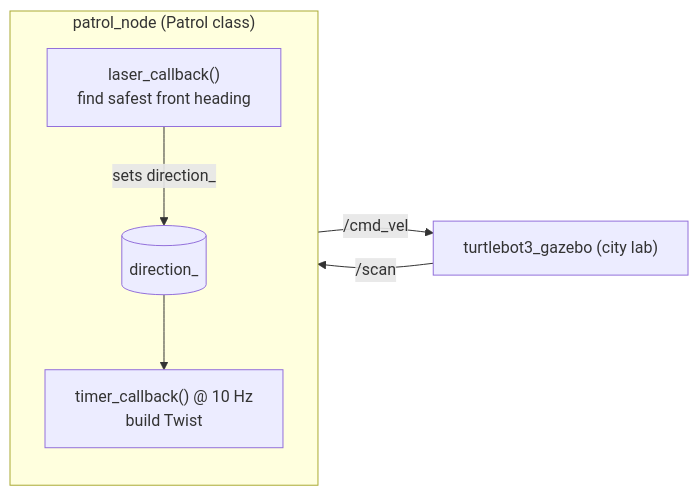
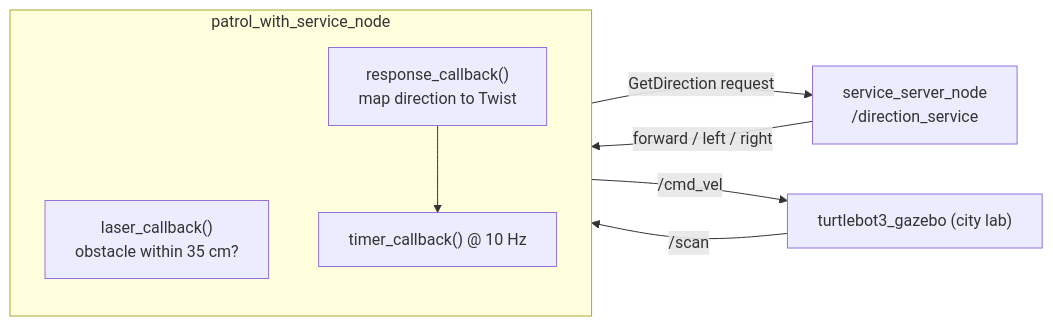
The first of 2 diagrams in README.md (AkashsinhThorat/citylab_project), drawn with Mermaid before and after one commit. The commit also changed other lines of this file, not shown here.

````diff
--- a/README.md
+++ b/README.md
@@ -46,10 +85,14 @@
 ```mermaid
 flowchart LR
-    Sim["turtlebot3_gazebo (city lab)"] -->|/scan| LC
-    subgraph Node["patrol_node (Patrol class)"]
+    Sim["turtlebot3_gazebo (city lab)"] -->|/scan| PWS
+    subgraph PWS["patrol_with_service_node"]
       direction TB
-      LC["laser_callback()\nfind safest front heading"] -->|sets direction_| ST[("direction_")]
-      ST --> TC["timer_callback() @ 10 Hz\nbuild Twist"]
+      LC["laser_callback()\nobstacle within 35 cm?"]
+      RC["response_callback()\nmap direction to Twist"]
+      TC["timer_callback() @ 10 Hz"]
     end
+    LC -->|GetDirection request| DS["service_server_node\n/direction_service"]
+    DS -->|forward / left / right| RC
+    RC --> TC
     TC -->|/cmd_vel| Sim
 ```
````
